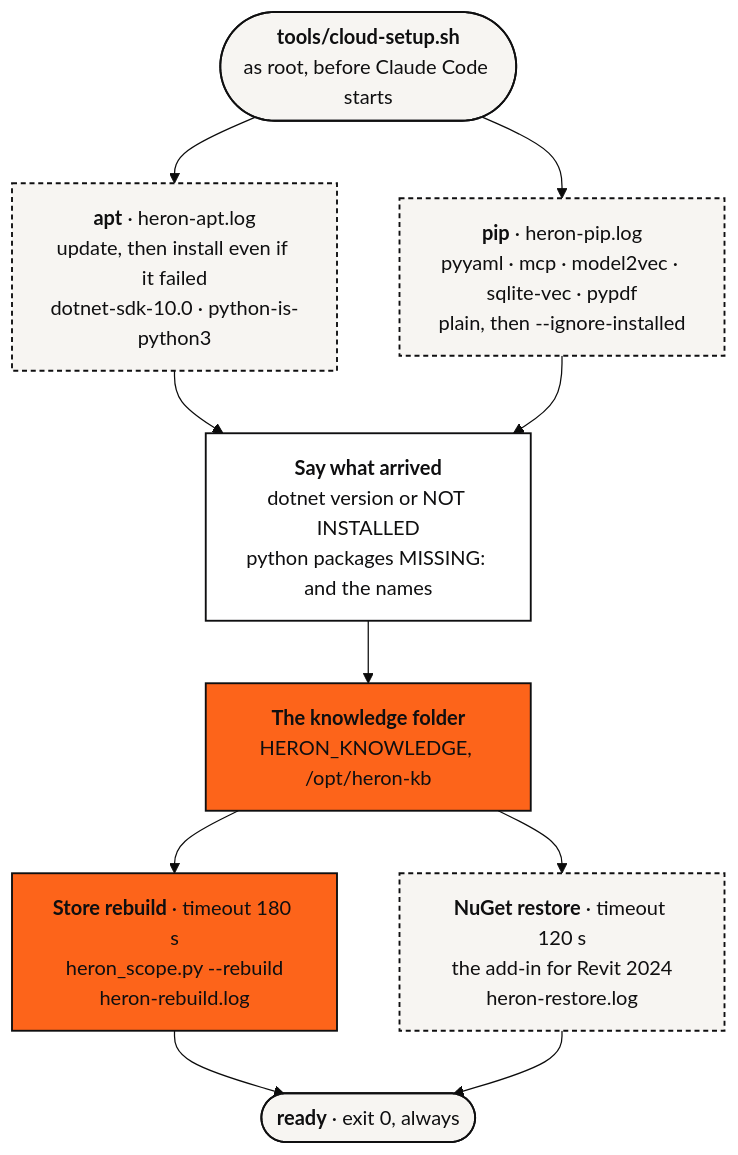
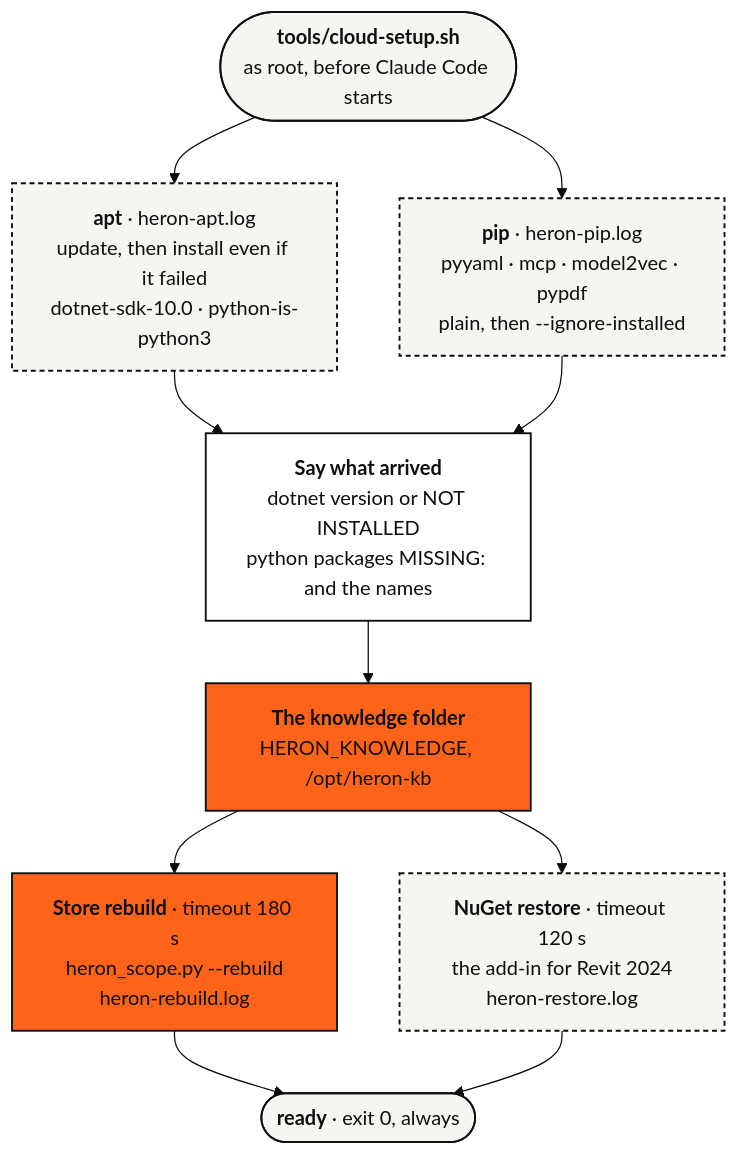
The diagram in docs/38-the-cloud-environment.md (Ajmalpshaik/Heron-AI), drawn with Mermaid (base theme) before and after one commit. The commit also changed other lines of this file and 16 other files, not shown here.

First line of the commit message:
sqlite-vec out of Heron's install lists and code, per D-194 (5b-1955, #1194)

````diff
--- a/docs/38-the-cloud-environment.md
+++ b/docs/38-the-cloud-environment.md
@@ -130,30 +130,30 @@
 ```mermaid
 flowchart TD
     S(["<b>tools/cloud-setup.sh</b><br/>as root, before Claude Code starts"])
     APT["<b>apt</b> · heron-apt.log<br/>update, then install even if it failed<br/>dotnet-sdk-10.0 · python-is-python3"]
-    PIP["<b>pip</b> · heron-pip.log<br/>pyyaml · mcp · model2vec · sqlite-vec · pypdf<br/>plain, then --ignore-installed"]
+    PIP["<b>pip</b> · heron-pip.log<br/>pyyaml · mcp · model2vec · pypdf<br/>plain, then --ignore-installed"]
     SAY["<b>Say what arrived</b><br/>dotnet version or NOT INSTALLED<br/>python packages MISSING: and the names"]
     KB["<b>The knowledge folder</b><br/>HERON_KNOWLEDGE, /opt/heron-kb"]
     RB["<b>Store rebuild</b> · timeout 180 s<br/>heron_scope.py --rebuild<br/>heron-rebuild.log"]
     NU["<b>NuGet restore</b> · timeout 120 s<br/>the add-in for Revit 2024<br/>heron-restore.log"]
     END(["<b>ready</b> · exit 0, always"])
 
     S --> APT
     S --> PIP
     APT --> SAY
     PIP --> SAY
     SAY --> KB
     KB --> RB
     KB --> NU
     RB --> END
     NU --> END
 
     classDef user fill:#F7F5F2,stroke:#0F0F10,stroke-width:1.5px,color:#0F0F10
     classDef host fill:#FFFFFF,stroke:#0F0F10,stroke-width:1.5px,color:#0F0F10
     classDef brain fill:#FD641A,stroke:#0F0F10,stroke-width:1.5px,color:#0F0F10
     classDef plat fill:#F7F5F2,stroke:#0F0F10,stroke-width:1.5px,color:#0F0F10,stroke-dasharray:4 3
     class S,END user
     class APT,PIP,NU plat
     class SAY host
     class KB,RB brain
 ```
````
